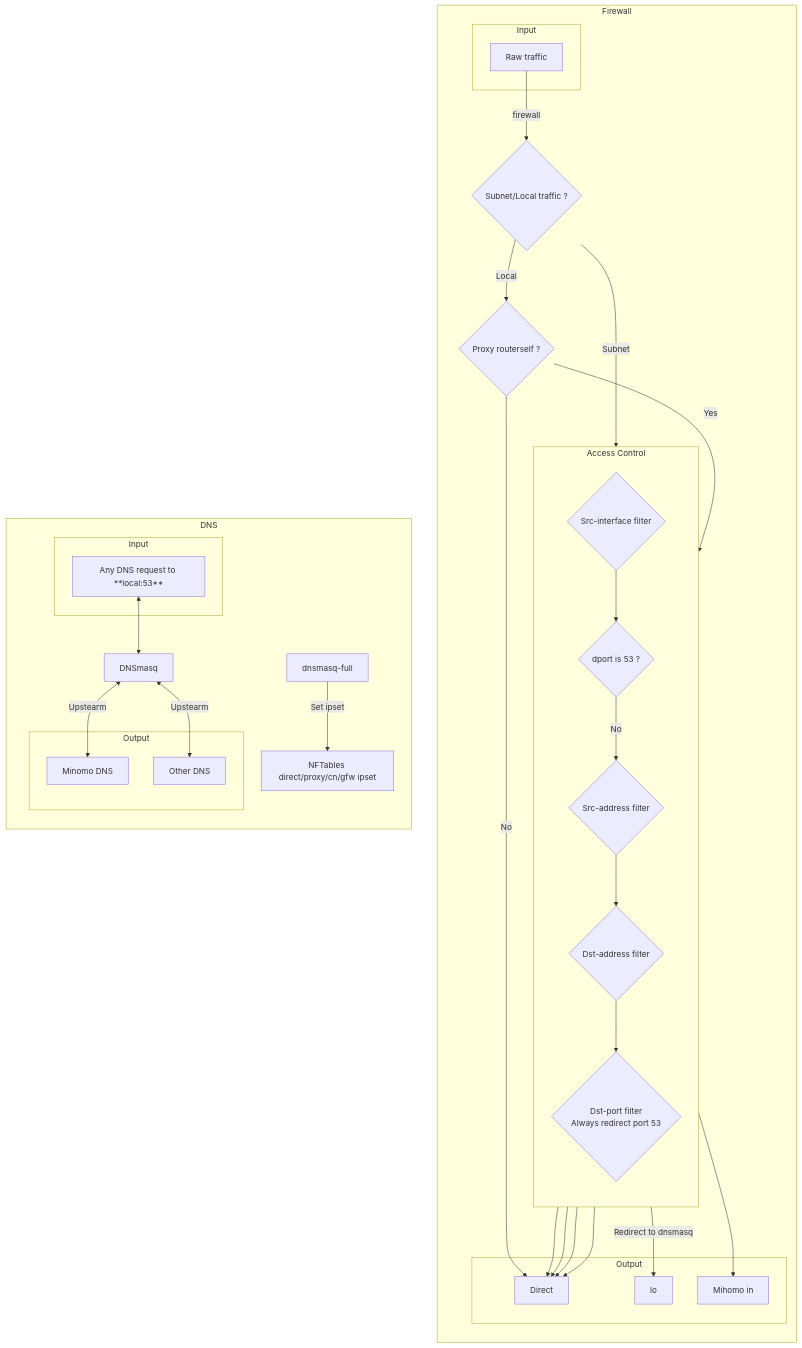
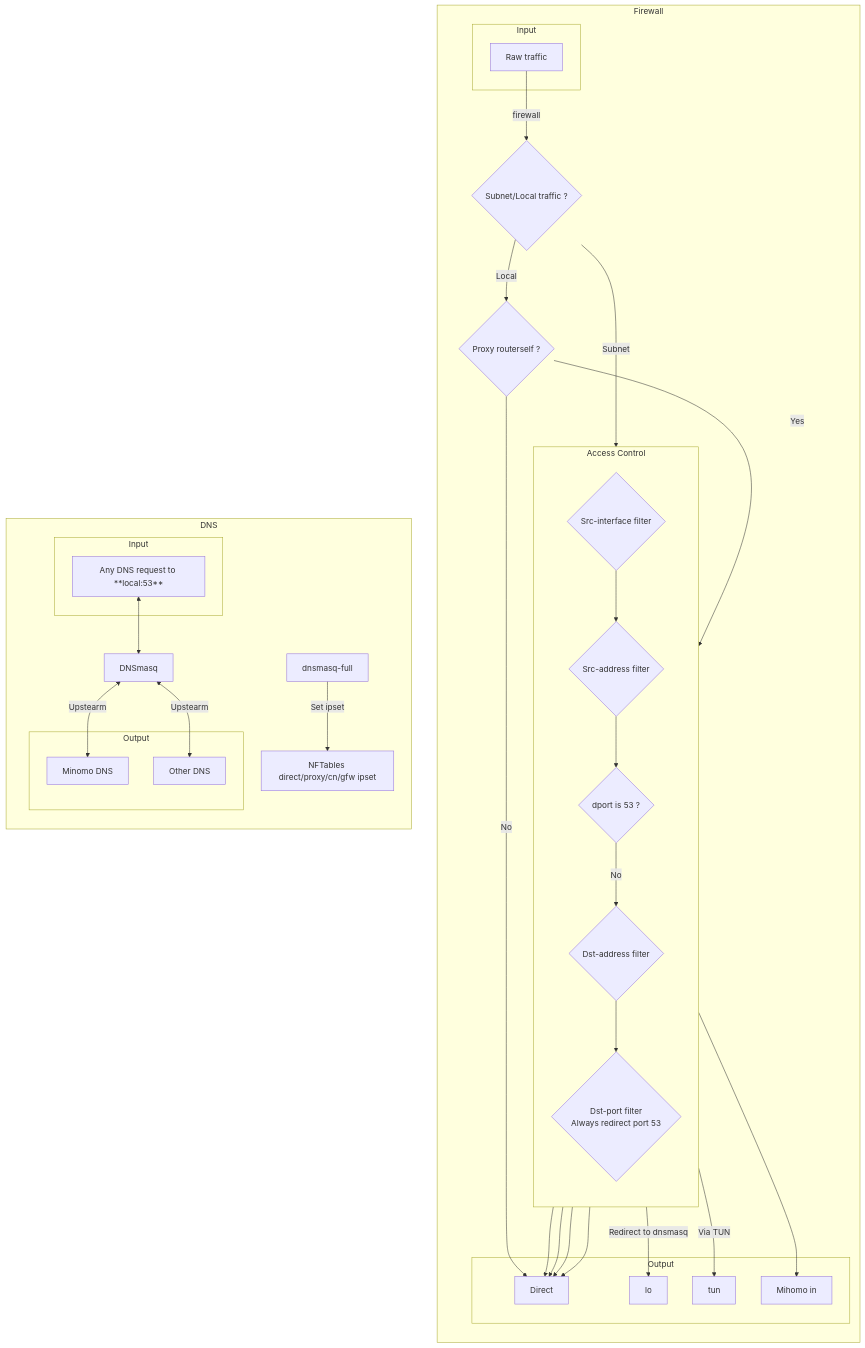
The diagram in openwrt-fchomo/README.md (AlphaBotZ/openwrt-packages), drawn with Mermaid before and after one commit. The commit also changed 132 other files, not shown here.

````diff
--- a/openwrt-fchomo/README.md
+++ b/openwrt-fchomo/README.md
@@ -35,36 +35,37 @@
 ``` mermaid
 flowchart TD
   subgraph Firewall
     direction TB
     subgraph fw_inpot[Input]; rawin[Raw traffic]; end
-    subgraph fw_outpot[Output]; lo; direct[Direct]; mihomoin[Mihomo in]; end
+    subgraph fw_outpot[Output]; lo; tun; direct[Direct]; mihomoin[Mihomo in]; end
     rawin --firewall--> flow{Subnet/Local traffic ?}
     flow --Subnet--> acl_listen
     flow --Local--> proxy_router{Proxy routerself ?}
       proxy_router --Yes--> acl_dst
       proxy_router --No --> direct
     subgraph acl[Access Control]
       direction TB
-      acl_listen{Src-interface filter} --> dns_hijack
+      acl_listen{Src-interface filter} --> acl_src
       acl_listen --> direct
+      acl_src{Src-address filter} --> dns_hijack
+      acl_src --> direct
       dns_hijack{dport is 53 ?} --Redirect to dnsmasq--> lo
-      dns_hijack --No --> acl_src
-      acl_src{Src-address filter} --> acl_dst
-      acl_src --> direct
+      dns_hijack --Via TUN--> tun
+      dns_hijack --No --> acl_dst
       acl_dst{Dst-address filter} --> acl_dport
       acl_dst --> direct
       acl_dport{Dst-port filter
 Always redirect port 53} --> mihomoin
       acl_dport --> direct
     end
   end
   subgraph DNS
     direction TB
     subgraph dns_inpot[Input]; dnsreq[Any DNS request to **local:53**]; end
     subgraph dns_outpot[Output]; mihomodns[Minomo DNS]; otherdns[Other DNS]; end
     dnsreq <--> dnsmasq[DNSmasq]
     dnsmasq <--Upstearm--> mihomodns
     dnsmasq <--Upstearm--> otherdns
     dnsmasq-full --Set ipset--> e[NFTables direct/proxy/cn/gfw ipset]
   end
 ```
````
